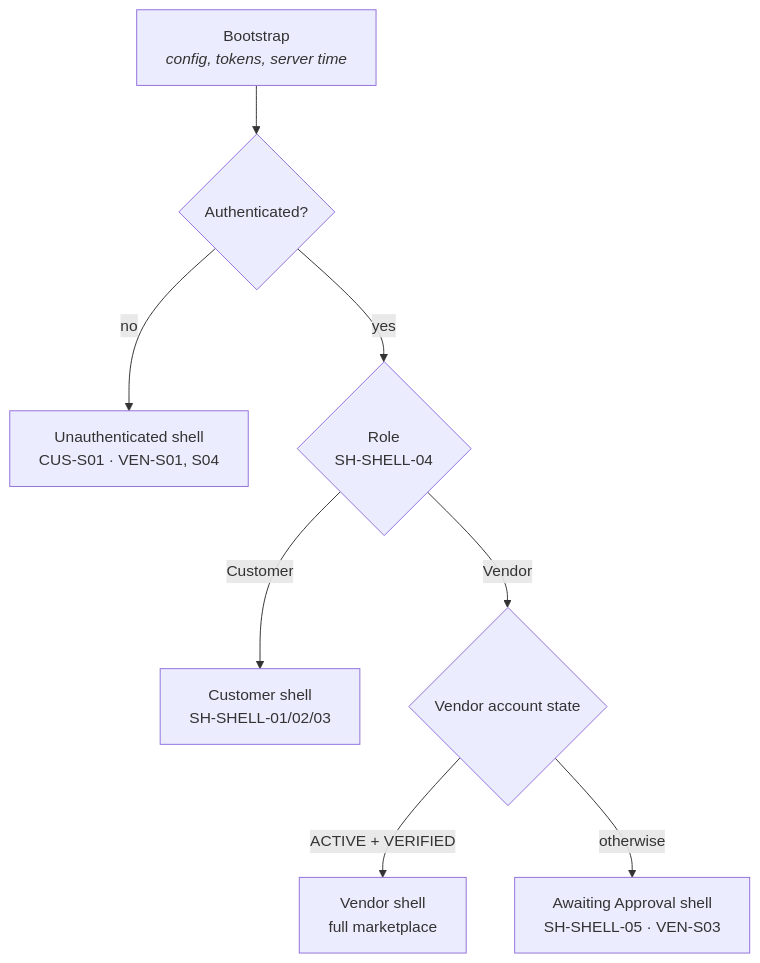
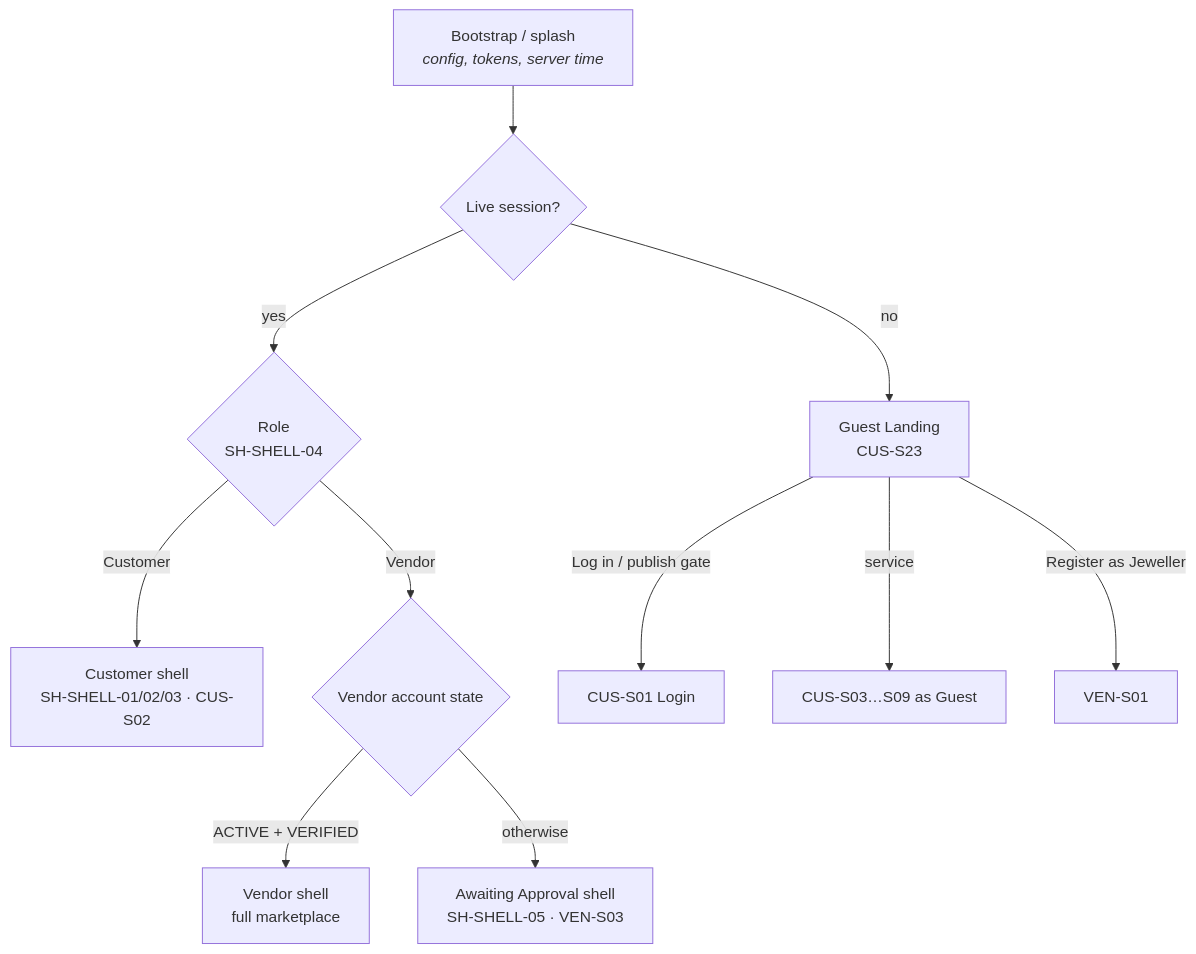
One commit to shabibmr/karat-hive changed the third of 4 diagrams in docs/Architecture-Frontend.md. Above: the diagram before and after it, drawn with Mermaid. The commit also changed other lines of this file and 48 other files, not shown here.

First line of the commit message:
feat(customer): implement guest-first critical path spine

````diff
--- a/docs/Architecture-Frontend.md
+++ b/docs/Architecture-Frontend.md
@@ -326,10 +327,13 @@
 ```mermaid
 flowchart TB
-    BOOT["Bootstrap<br/><i>config, tokens, server time</i>"] --> AUTH{"Authenticated?"}
-    AUTH -->|no| UNAUTH["Unauthenticated shell<br/>CUS-S01 · VEN-S01, S04"]
+    BOOT["Bootstrap / splash<br/><i>config, tokens, server time</i>"] --> AUTH{"Live session?"}
+    AUTH -->|no| GUEST["Guest Landing<br/>CUS-S23"]
     AUTH -->|yes| ROLE{"Role<br/>SH-SHELL-04"}
-    ROLE -->|Customer| CSHELL["Customer shell<br/>SH-SHELL-01/02/03"]
+    ROLE -->|Customer| CSHELL["Customer shell<br/>SH-SHELL-01/02/03 · CUS-S02"]
     ROLE -->|Vendor| VSTATE{"Vendor account state"}
     VSTATE -->|ACTIVE + VERIFIED| VSHELL["Vendor shell<br/>full marketplace"]
     VSTATE -->|otherwise| WAIT["Awaiting Approval shell<br/>SH-SHELL-05 · VEN-S03"]
+    GUEST -->|Log in / publish gate| LOGIN["CUS-S01 Login"]
+    GUEST -->|service| CREATE["CUS-S03…S09 as Guest"]
+    GUEST -->|Register as Jeweller| VREG["VEN-S01"]
 ```
````
